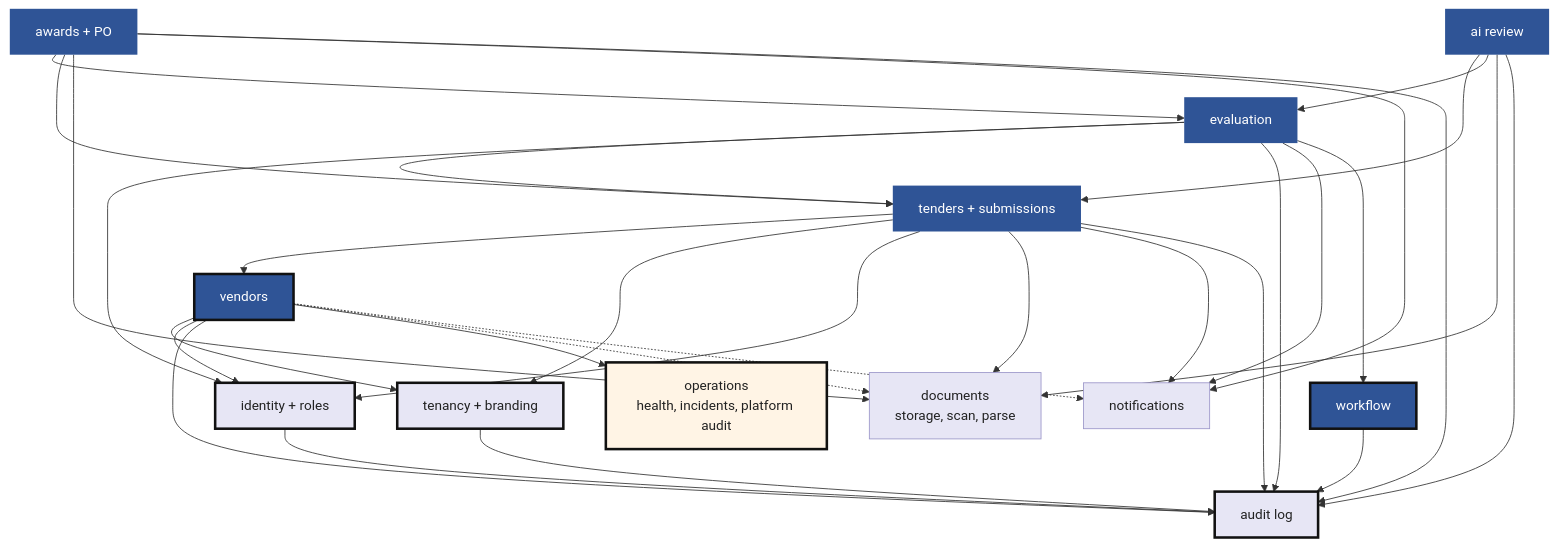
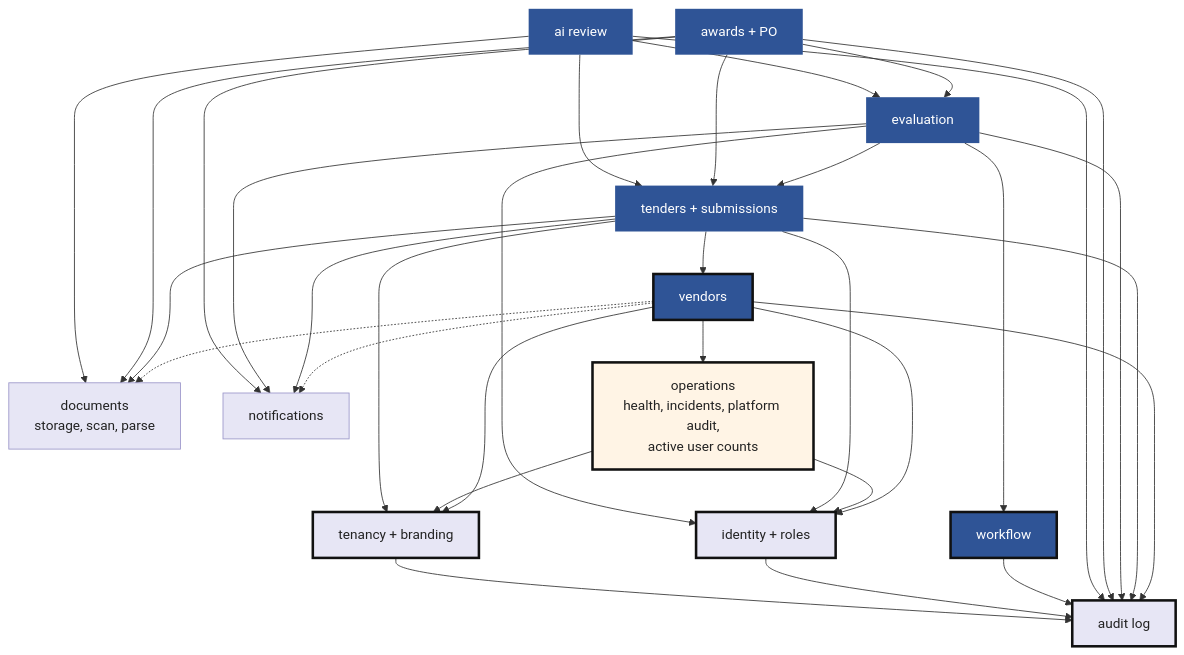
Before and after one commit to AhmedAssaf/ERP: the ninth of 13 diagrams in docs/03-diagrams.md, drawn with Mermaid. The commit also changed other lines of this file and 70 other files, not shown here.

First line of the commit message:
feat(usage): concurrent and active users, platform console usage page (W-10) (#6)

````diff
--- a/docs/03-diagrams.md
+++ b/docs/03-diagrams.md
@@ -381,33 +381,34 @@
 ```mermaid
 flowchart TB
     classDef core fill:#2F5496,color:#fff,stroke:none
     classDef shared fill:#E7E6F5,color:#222,stroke:#9B96C9
     classDef platform fill:#FFF4E5,color:#222,stroke:#C77700
     classDef built stroke:#111,stroke-width:3px
 
     TEN[tenancy + branding]:::shared
     IDN[identity + roles]:::shared
     DOC[documents<br/>storage, scan, parse]:::shared
     NOT[notifications]:::shared
     AUD[audit log]:::shared
 
     VEN[vendors]:::core
     TDR[tenders + submissions]:::core
     EVA[evaluation]:::core
     AWD[awards + PO]:::core
     AI[ai review]:::core
     WF[workflow]:::core
-    OPS[operations<br/>health, incidents, platform audit]:::platform
+    OPS[operations<br/>health, incidents, platform audit,<br/>active user counts]:::platform
 
     VEN --> TEN & IDN & AUD & OPS
+    OPS --> IDN & TEN
     VEN -.-> DOC & NOT
     TDR --> VEN & TEN & IDN & DOC & NOT & AUD
     EVA --> TDR & IDN & AUD & NOT
     EVA --> WF
     AWD --> EVA & TDR & DOC & NOT & AUD
     AI --> TDR & EVA & DOC & AUD
     WF --> AUD
     IDN --> AUD
     TEN --> AUD
     class TEN,IDN,AUD,WF,OPS,VEN built
 ```
````
